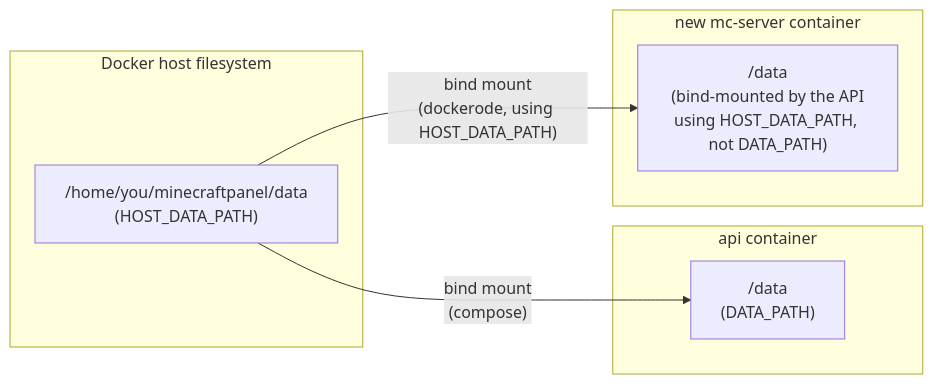
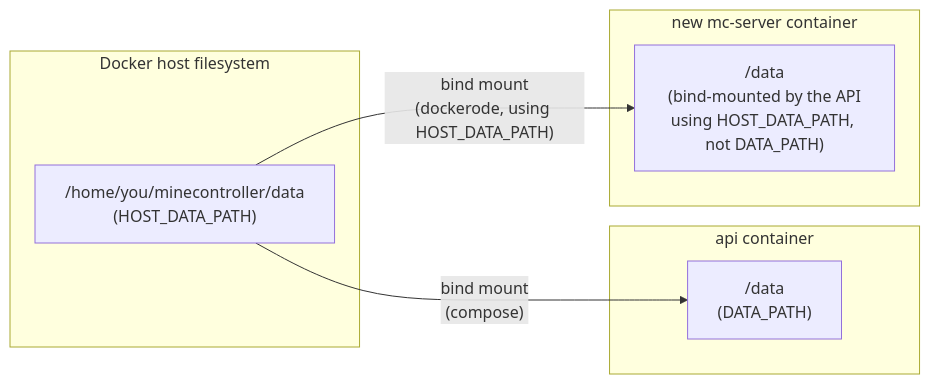
Before and after one commit to nicki41/minecontroller: the diagram in docs/configuration.md, drawn with Mermaid. The commit also changed other lines of this file and 5 other files, not shown here.

````diff
--- a/docs/configuration.md
+++ b/docs/configuration.md
@@ -20,17 +20,17 @@
 ```mermaid
 flowchart LR
     subgraph Host["Docker host filesystem"]
-        HD["/home/you/minecraftpanel/data<br/>(HOST_DATA_PATH)"]
+        HD["/home/you/minecontroller/data<br/>(HOST_DATA_PATH)"]
     end
 
     subgraph APIC["api container"]
         AD["/data<br/>(DATA_PATH)"]
     end
 
     subgraph MC["new mc-server container"]
         MD["/data<br/>(bind-mounted by the API<br/>using HOST_DATA_PATH, not DATA_PATH)"]
     end
 
     HD -- "bind mount<br/>(compose)" --> AD
     HD -- "bind mount<br/>(dockerode, using HOST_DATA_PATH)" --> MD
 ```
````
